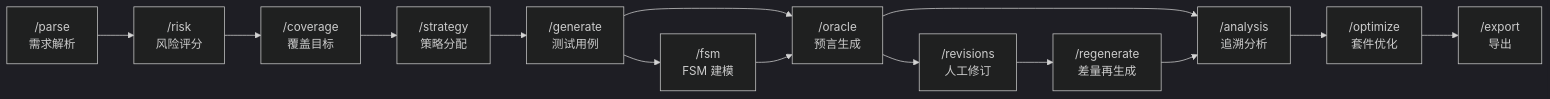
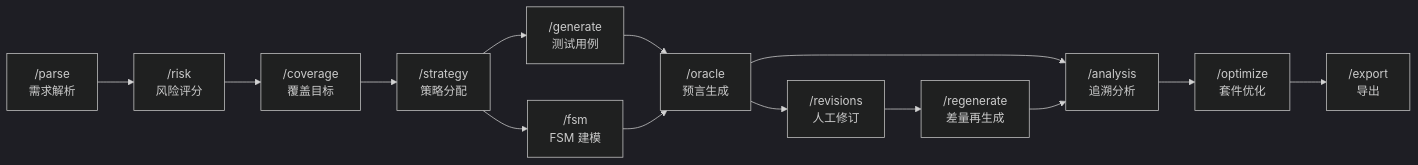
One commit to 7719Drinkin/ST_Course_Design changed the diagram in README.md. Above: the diagram before and after it, drawn with Mermaid (dark theme).

Commit message:
fix: 改正README marmaid图

````diff
--- a/README.md
+++ b/README.md
@@ -29,16 +29,16 @@
 ```mermaid
 flowchart LR
     A["/parse<br/>需求解析"] --> B["/risk<br/>风险评分"]
     B --> C["/coverage<br/>覆盖目标"]
     C --> D["/strategy<br/>策略分配"]
     D --> E["/generate<br/>测试用例"]
-    E --> F["/fsm<br/>FSM 建模"]
+    D --> F["/fsm<br/>FSM 建模"]
     E --> G["/oracle<br/>预言生成"]
     F --> G
     G --> H["/revisions<br/>人工修订"]
     H --> I["/regenerate<br/>差量再生成"]
     G --> J["/analysis<br/>追溯分析"]
     I --> J
     J --> K["/optimize<br/>套件优化"]
     K --> L["/export<br/>导出"]
 ```
````
